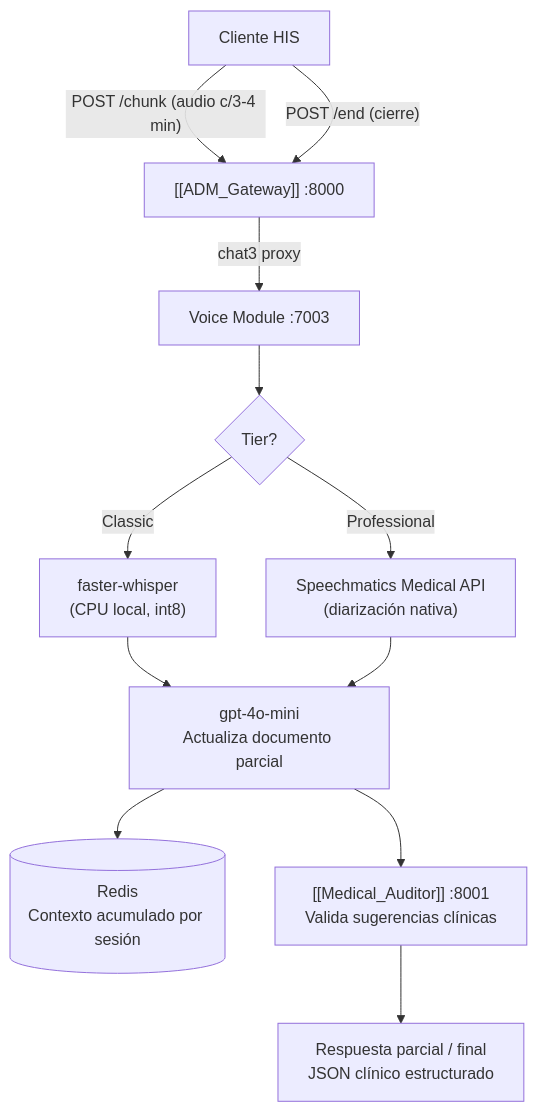
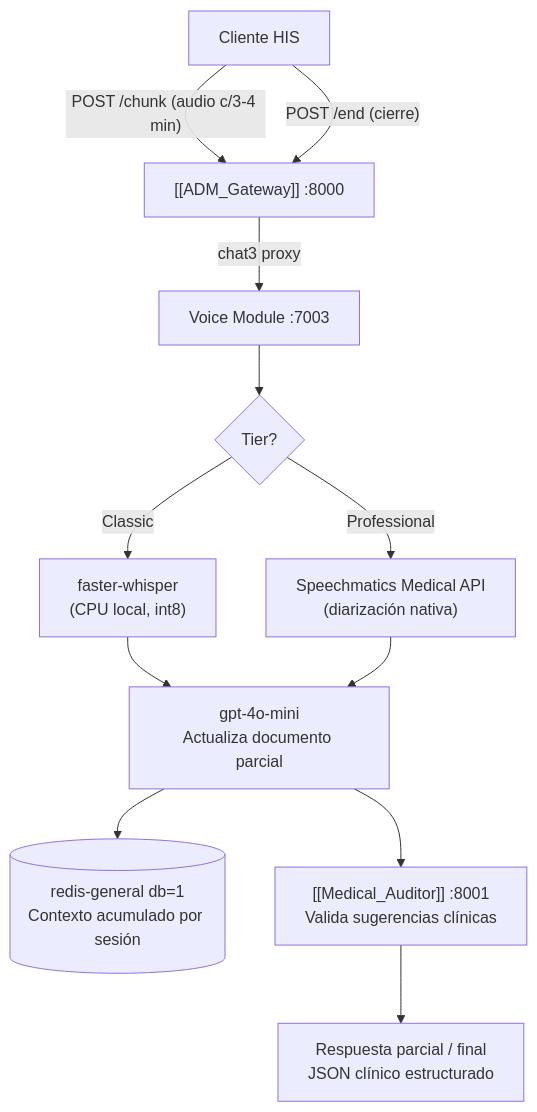
The diagram in docs/obsidian/Voice_Module.md (cluna-8/GM_MODULAR_ECOSYSTEM), drawn with Mermaid before and after one commit. The commit also changed other lines of this file and 5 other files, not shown here.

````diff
--- a/docs/obsidian/Voice_Module.md
+++ b/docs/obsidian/Voice_Module.md
@@ -47,17 +49,17 @@
 ```mermaid
 graph TD
     HIS["Cliente HIS"] -->|"POST /chunk (audio c/3-4 min)"| ADM["[[ADM_Gateway]] :8000"]
     HIS -->|"POST /end (cierre)"| ADM
     ADM -->|"chat3 proxy"| VM["Voice Module :7003"]
 
     VM --> TIER{Tier?}
     TIER -->|Classic| WHISPER["faster-whisper\n(CPU local, int8)"]
     TIER -->|Professional| SPEECH["Speechmatics Medical API\n(diarización nativa)"]
 
     WHISPER --> LLM["gpt-4o-mini\nActualiza documento parcial"]
     SPEECH --> LLM
 
-    LLM --> REDIS[("Redis\nContexto acumulado por sesión")]
+    LLM --> REDIS[("redis-general db=1\nContexto acumulado por sesión")]
     LLM --> MA["[[Medical_Auditor]] :8001\nValida sugerencias clínicas"]
     MA --> OUT["Respuesta parcial / final\nJSON clínico estructurado"]
 ```
````
